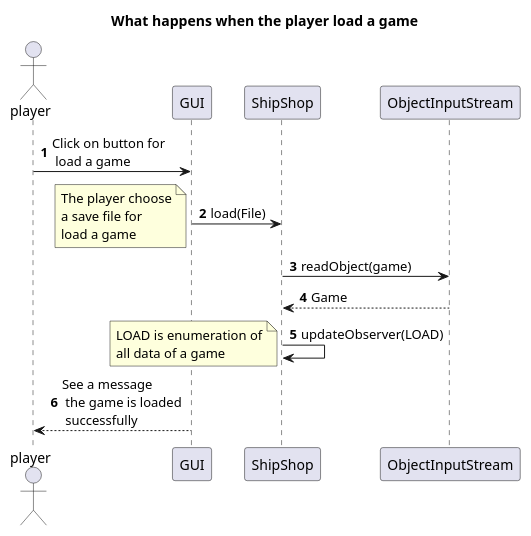
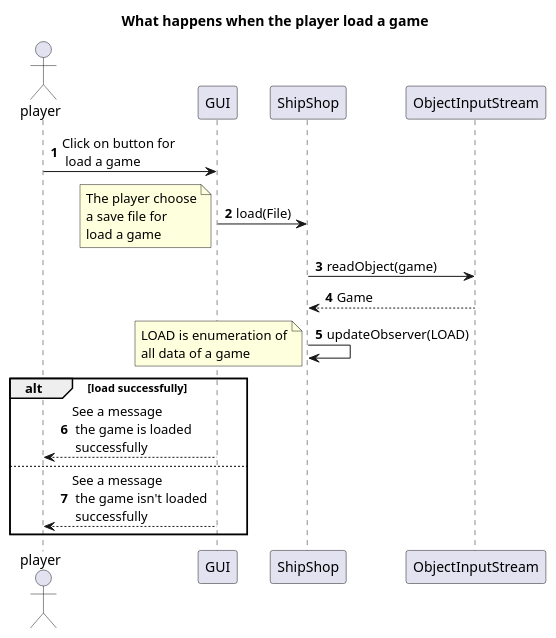
The diagram in doc/conception/pmul/sequence/load.puml (Reynault/ShipShop), drawn with PlantUML before and after one commit. The commit also changed 1 other file, not shown here.

Commit message:
Updated sequence

```diff
--- a/doc/conception/pmul/sequence/load.puml
+++ b/doc/conception/pmul/sequence/load.puml
@@ -1,32 +1,36 @@
 @startuml
 
 title What happens when the player load a game
 
 autonumber
 actor player
 
 player -> GUI: Click on button for \n load a game
 
 GUI -> ShipShop: load(File)
 
 note left
 The player choose
 a save file for
 load a game
 end note
 
 
 ShipShop -> ObjectInputStream: readObject(game)
 
 ObjectInputStream --> ShipShop: Game
 
 ShipShop -> ShipShop : updateObserver(LOAD)
 
 note left
 LOAD is enumeration of
 all data of a game
 end note
 
-GUI --> player: See a message \n the game is loaded \n successfully
+alt load successfully
+    GUI --> player: See a message \n the game is loaded \n successfully
+else
+    GUI --> player: See a message \n the game isn't loaded \n successfully
+end
 
 @enduml
```
